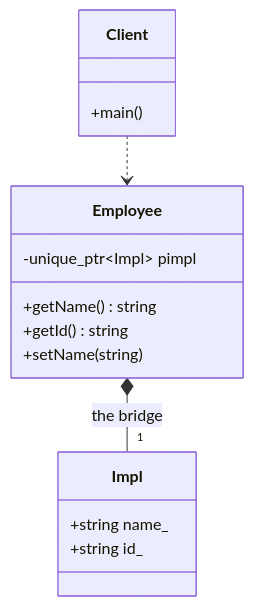
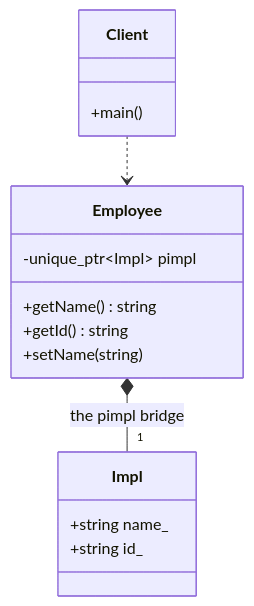
One commit to Cichlidfishexigency721/Modern-CPP-Design-Patterns changed the diagram in 09_Bridge/Bridge_Impl/README.md. Above: the diagram before and after it, drawn with Mermaid. The commit also changed 1 other file, not shown here.

Commit message:
UML improvement

````diff
--- a/09_Bridge/Bridge_Impl/README.md
+++ b/09_Bridge/Bridge_Impl/README.md
@@ -28,24 +28,24 @@
 ```mermaid
 classDiagram
    class Employee {
       -unique_ptr~Impl~ pimpl
       +getName() string
       +getId() string
       +setName(string)
    }
 
    class Impl {
       +string name_
       +string id_
    }
 
    class Client {
       +main()
    }
 
    %% The Bridge (Pimpl): Employee owns the implementation object
-   Employee *-- "1" Impl : the bridge
+   Employee *-- "1" Impl : the pimpl bridge
 
    %% Client only knows about the Employee interface
    Client ..> Employee
 ```
````
